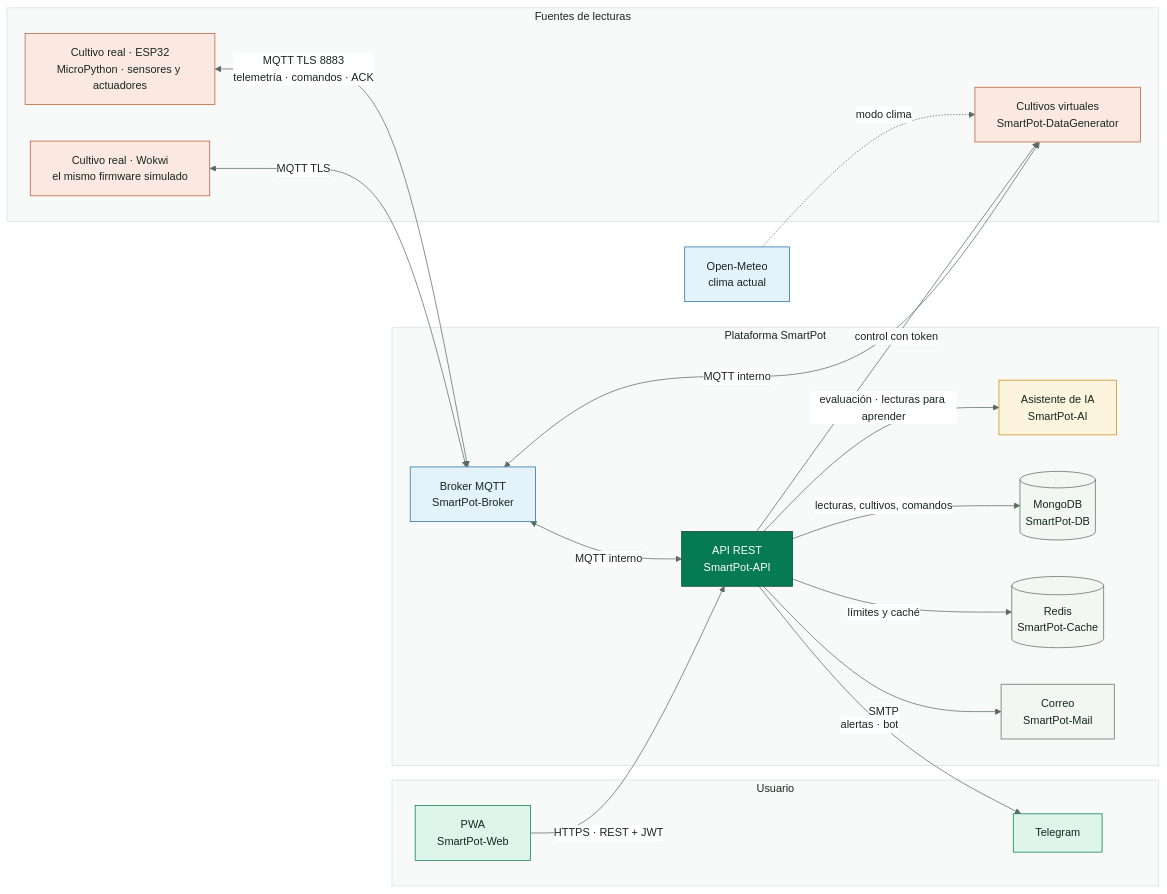
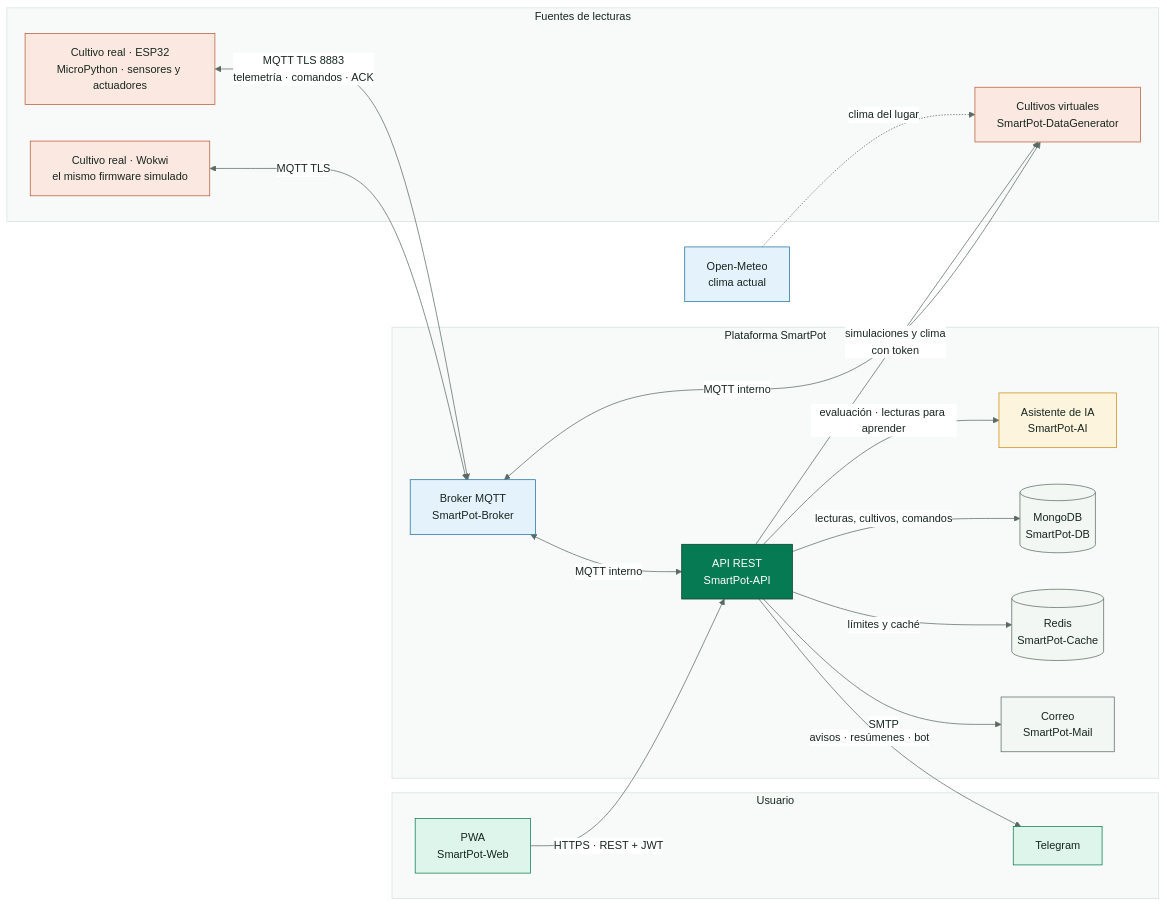
One commit to SmartPotTech/.github changed the diagram in docs/diagrams/SmartPot_01_Architecture.mmd. Above: the diagram before and after it, drawn with Mermaid.

Commit message:
Show crop weather and digests in the architecture diagram
The simulator also serves the weather of each crop place and Telegram carries per-crop digests.

```diff
--- a/docs/diagrams/SmartPot_01_Architecture.mmd
+++ b/docs/diagrams/SmartPot_01_Architecture.mmd
@@ -1,44 +1,44 @@
 %%{init: {"theme": "base", "fontFamily": "Segoe UI, Arial, sans-serif", "themeVariables": {"fontFamily": "Segoe UI, Arial, sans-serif", "fontSize": "15px", "primaryColor": "#DDF5EA", "primaryTextColor": "#17261F", "primaryBorderColor": "#067A52", "secondaryColor": "#E3F2FB", "secondaryTextColor": "#17261F", "secondaryBorderColor": "#1F6FA0", "tertiaryColor": "#F2F7F4", "tertiaryTextColor": "#17261F", "tertiaryBorderColor": "#D5E3DC", "lineColor": "#5B6B63", "textColor": "#17261F", "mainBkg": "#DDF5EA", "nodeBorder": "#067A52", "clusterBkg": "#F7FAF8", "clusterBorder": "#D5E3DC", "edgeLabelBackground": "#FFFFFF", "actorBkg": "#067A52", "actorBorder": "#0B3D2B", "actorTextColor": "#FFFFFF", "actorLineColor": "#5B6B63", "signalColor": "#17261F", "signalTextColor": "#17261F", "labelBoxBkgColor": "#0B3D2B", "labelBoxBorderColor": "#0B3D2B", "labelTextColor": "#FFFFFF", "loopTextColor": "#0B3D2B", "noteBkgColor": "#FDF4DD", "noteBorderColor": "#C98D12", "noteTextColor": "#17261F", "activationBkgColor": "#DDF5EA", "activationBorderColor": "#067A52", "attributeBackgroundColorOdd": "#FFFFFF", "attributeBackgroundColorEven": "#F2F7F4"}}}%%
 flowchart LR
   subgraph campo["Fuentes de lecturas"]
     maceta["Cultivo real · ESP32<br/>MicroPython · sensores y actuadores"]
     wokwi["Cultivo real · Wokwi<br/>el mismo firmware simulado"]
     sim["Cultivos virtuales<br/>SmartPot-DataGenerator"]
   end
   subgraph usuario["Usuario"]
     pwa["PWA<br/>SmartPot-Web"]
     tg["Telegram"]
   end
   subgraph plataforma["Plataforma SmartPot"]
     broker["Broker MQTT<br/>SmartPot-Broker"]
     api["API REST<br/>SmartPot-API"]
     ai["Asistente de IA<br/>SmartPot-AI"]
     db[("MongoDB<br/>SmartPot-DB")]
     cache[("Redis<br/>SmartPot-Cache")]
     mail["Correo<br/>SmartPot-Mail"]
   end
   clima["Open-Meteo<br/>clima actual"]
   maceta <-->|"MQTT TLS 8883<br/>telemetría · comandos · ACK"| broker
   wokwi <-->|"MQTT TLS"| broker
   sim <-->|"MQTT interno"| broker
-  clima -.->|"modo clima"| sim
+  clima -.->|"clima del lugar"| sim
   broker <-->|"MQTT interno"| api
   pwa -->|"HTTPS · REST + JWT"| api
-  api -->|"control con token"| sim
+  api -->|"simulaciones y clima<br/>con token"| sim
   api -->|"evaluación · lecturas para aprender"| ai
   api -->|"lecturas, cultivos, comandos"| db
   api -->|"límites y caché"| cache
   api -->|"SMTP"| mail
-  api -->|"alertas · bot"| tg
+  api -->|"avisos · resúmenes · bot"| tg
   classDef device fill:#FBE9E1,stroke:#B85A38,color:#17261F
   classDef edge fill:#E3F2FB,stroke:#1F6FA0,color:#17261F
   classDef core fill:#067A52,stroke:#0B3D2B,color:#FFFFFF
   classDef data fill:#F2F7F4,stroke:#5B6B63,color:#17261F
   classDef brain fill:#FDF4DD,stroke:#C98D12,color:#17261F
   classDef app fill:#DDF5EA,stroke:#067A52,color:#17261F
   class maceta,wokwi,sim device
   class broker,clima edge
   class api core
   class db,cache,mail data
   class ai brain
   class pwa,tg app
```
